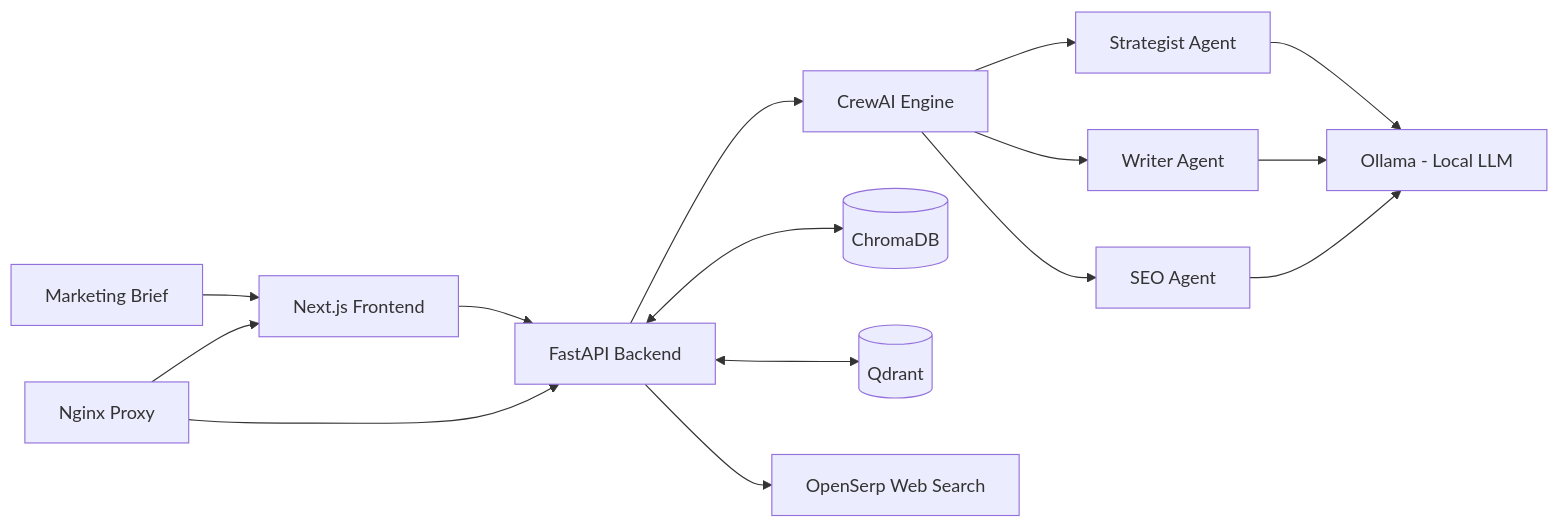
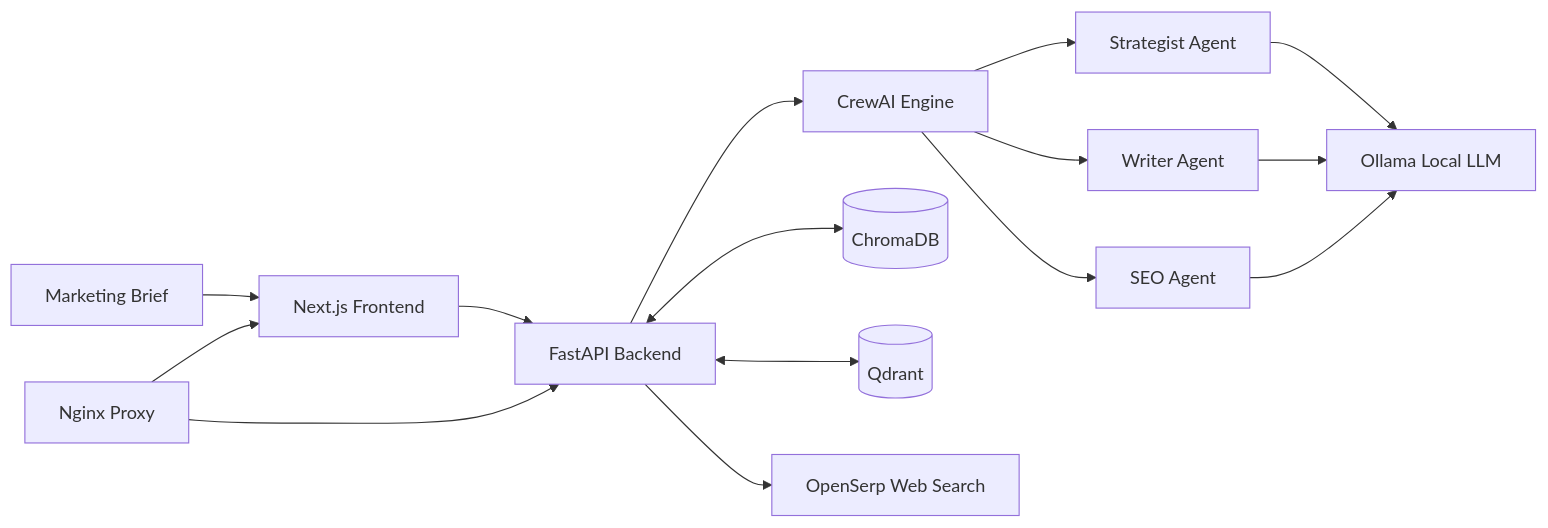
The fourth of 8 diagrams in README.md (dawarazhar11/dawarazhar11), drawn with Mermaid before and after one commit. The commit also changed other lines of this file, not shown here.

Commit message:
Fix Mermaid diagrams: quote labels, remove emojis, replace & joins

````diff
--- a/README.md
+++ b/README.md
@@ -210,14 +216,17 @@
 ```mermaid
 graph LR
-    A[Marketing Brief] --> B[Next.js Frontend]
-    B --> C[FastAPI Backend]
-    C --> D[CrewAI Engine]
-    D --> E[Strategist Agent]
-    D --> F[Writer Agent]
-    D --> G[SEO Agent]
-    E & F & G --> H[Ollama - Local LLM]
-    C <--> I[(ChromaDB)]
-    C <--> J[(Qdrant)]
-    C --> K[OpenSerp Web Search]
-    L[Nginx Proxy] --> B & C
+    A["Marketing Brief"] --> B["Next.js Frontend"]
+    B --> C["FastAPI Backend"]
+    C --> D["CrewAI Engine"]
+    D --> E["Strategist Agent"]
+    D --> F["Writer Agent"]
+    D --> G["SEO Agent"]
+    E --> H["Ollama Local LLM"]
+    F --> H
+    G --> H
+    C <--> I[("ChromaDB")]
+    C <--> J[("Qdrant")]
+    C --> K["OpenSerp Web Search"]
+    L["Nginx Proxy"] --> B
+    L --> C
 ```
````
